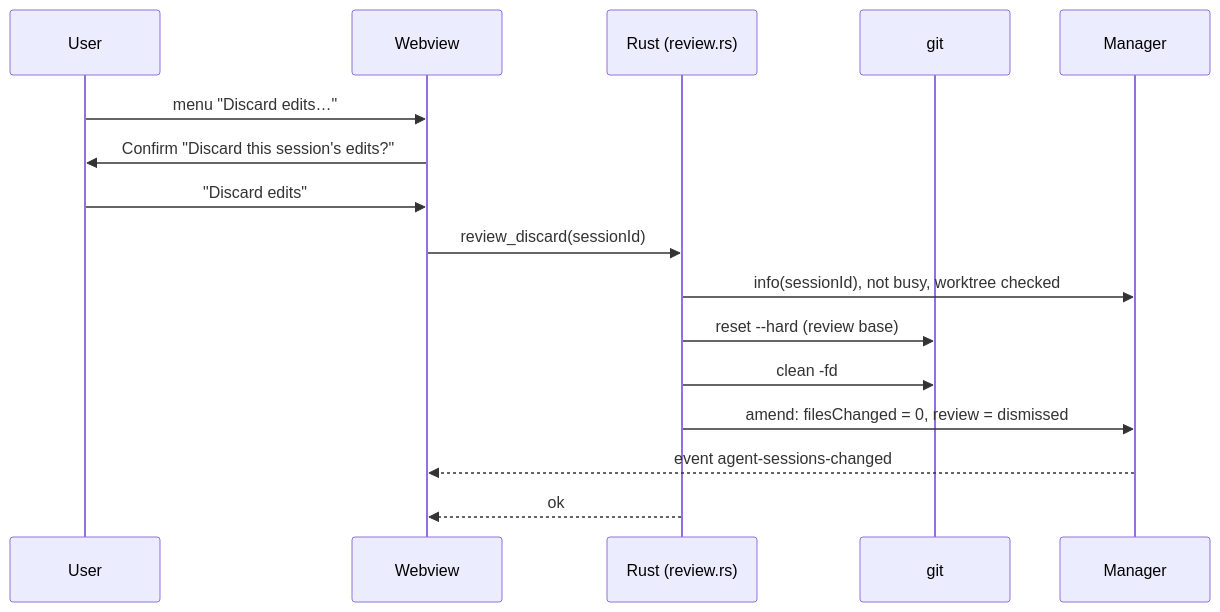
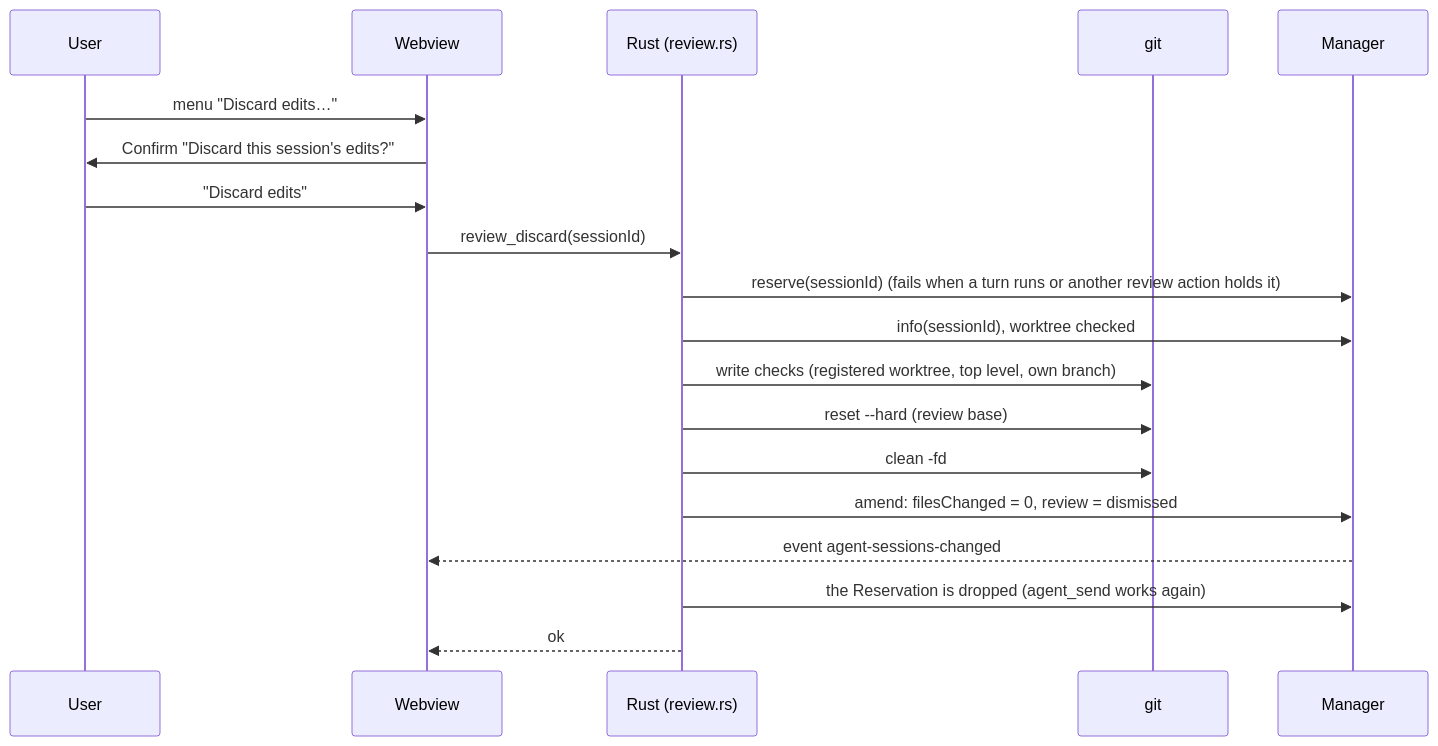
One commit to tyler59simon/agentic-hivemind-app changed the fourth of 5 diagrams in docs/plans/phase-4-review.md. Above: the diagram before and after it, drawn with Mermaid. The commit also changed other lines of this file and 4 other files, not shown here.

````diff
--- a/docs/plans/phase-4-review.md
+++ b/docs/plans/phase-4-review.md
@@ -627,18 +659,21 @@
 ```mermaid
 sequenceDiagram
     participant U as User
     participant W as Webview
     participant R as Rust (review.rs)
     participant G as git
     participant M as Manager
     U->>W: menu "Discard edits…"
     W->>U: Confirm "Discard this session's edits?"
     U->>W: "Discard edits"
     W->>R: review_discard(sessionId)
-    R->>M: info(sessionId), not busy, worktree checked
+    R->>M: reserve(sessionId) (fails when a turn runs or another review action holds it)
+    R->>M: info(sessionId), worktree checked
+    R->>G: write checks (registered worktree, top level, own branch)
     R->>G: reset --hard (review base)
     R->>G: clean -fd
     R->>M: amend: filesChanged = 0, review = dismissed
     M-->>W: event agent-sessions-changed
+    R->>M: the Reservation is dropped (agent_send works again)
     R-->>W: ok
 ```
````
